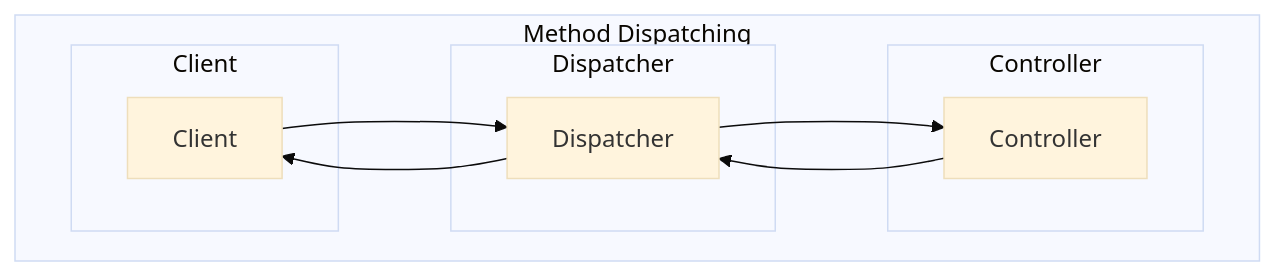
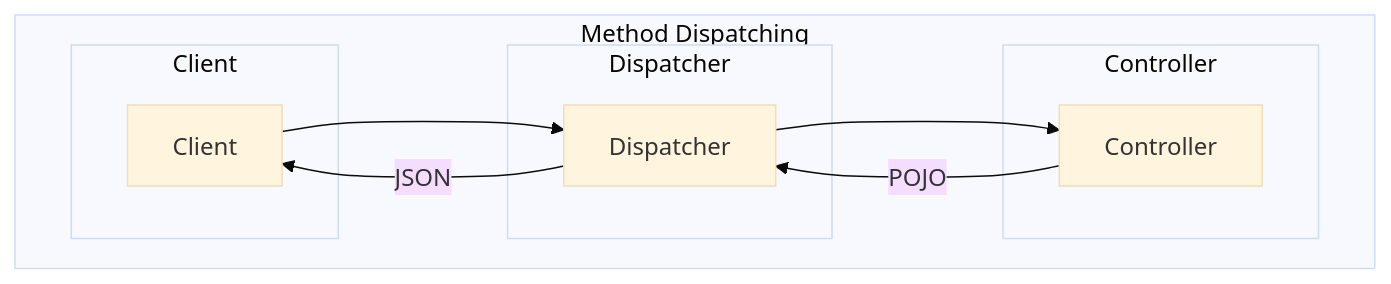
One commit to rumq/spring-boot-in-3-weeks changed the third of 3 diagrams in pages/Week02Notes.md. Above: the diagram before and after it, drawn with Mermaid (base theme). The commit also changed other lines of this file and 5 other files, not shown here.

````diff
--- a/pages/Week02Notes.md
+++ b/pages/Week02Notes.md
@@ -229,18 +239,18 @@
 ```mermaid
-flowchart 
-    subgraph "Method Dispatching"            
+flowchart
+    subgraph "Method Dispatching"
 
         subgraph "Controller"
             CR
         end
-        subgraph "Dispatcher"            
+        subgraph "Dispatcher"
             D[Dispatcher] --> CR[Controller]
-            CR --> D
+            CR --> |POJO| D
         end
         subgraph "Client"
             C[Client] --> D
-            D --> C
-        end                
+            D --> |JSON| C
+        end
     end
 
 ```
````
